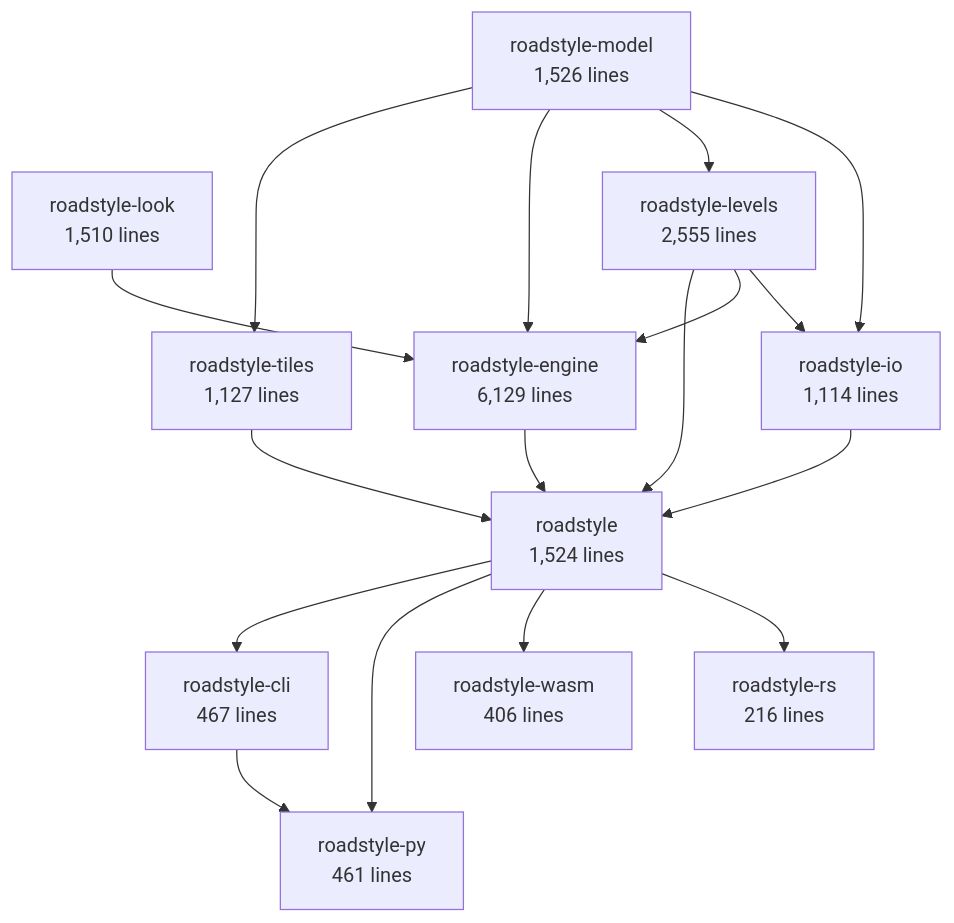
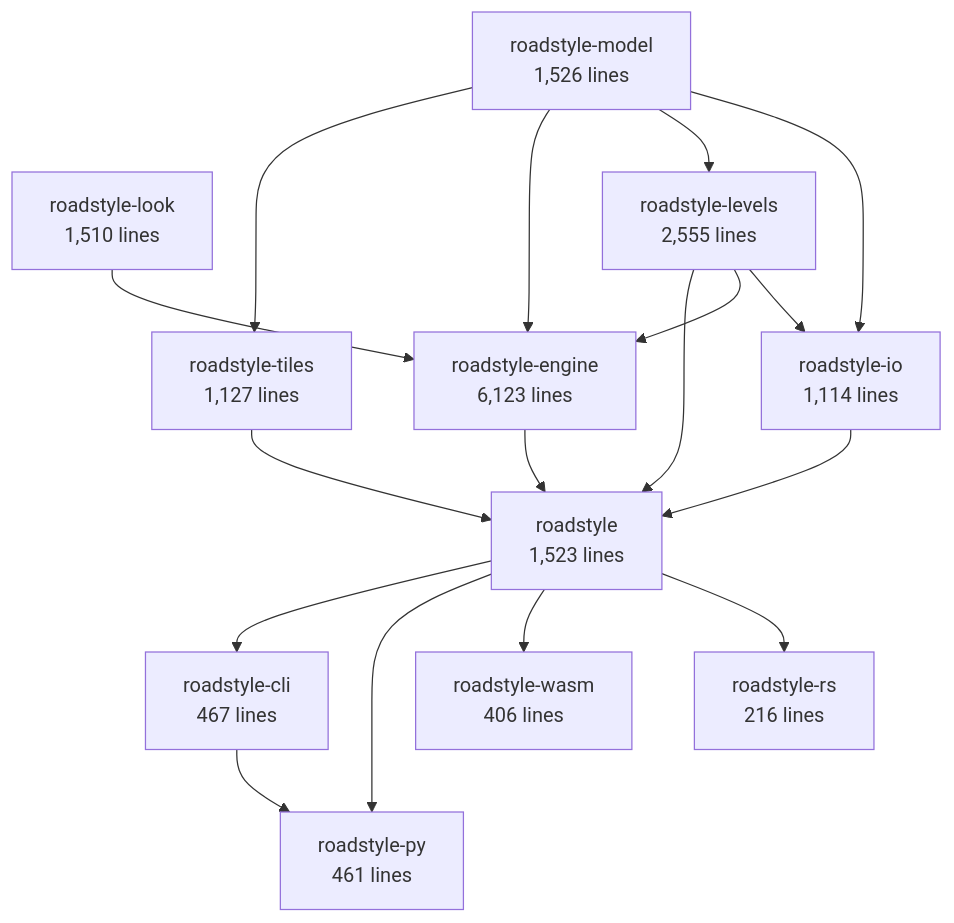
One commit to Khoshkhah/roadstyle changed the second of 6 diagrams in docs/rust/architecture.md. Above: the diagram before and after it, drawn with Mermaid. The commit also changed other lines of this file and 3 other files, not shown here.

````diff
--- a/docs/rust/architecture.md
+++ b/docs/rust/architecture.md
@@ -69,30 +69,30 @@
 ```mermaid
 flowchart TB
     roadstyle_model["roadstyle-model<br/>1,526 lines"]
     roadstyle_look["roadstyle-look<br/>1,510 lines"]
     roadstyle_io["roadstyle-io<br/>1,114 lines"]
     roadstyle_levels["roadstyle-levels<br/>2,555 lines"]
-    roadstyle_engine["roadstyle-engine<br/>6,129 lines"]
+    roadstyle_engine["roadstyle-engine<br/>6,123 lines"]
     roadstyle_tiles["roadstyle-tiles<br/>1,127 lines"]
-    roadstyle["roadstyle<br/>1,524 lines"]
+    roadstyle["roadstyle<br/>1,523 lines"]
     roadstyle_rs["roadstyle-rs<br/>216 lines"]
     roadstyle_wasm["roadstyle-wasm<br/>406 lines"]
     roadstyle_py["roadstyle-py<br/>461 lines"]
     roadstyle_cli["roadstyle-cli<br/>467 lines"]
     roadstyle_levels --> roadstyle_io
     roadstyle_model --> roadstyle_io
     roadstyle_model --> roadstyle_levels
     roadstyle_levels --> roadstyle_engine
     roadstyle_look --> roadstyle_engine
     roadstyle_model --> roadstyle_engine
     roadstyle_model --> roadstyle_tiles
     roadstyle_engine --> roadstyle
     roadstyle_io --> roadstyle
     roadstyle_levels --> roadstyle
     roadstyle_tiles --> roadstyle
     roadstyle --> roadstyle_rs
     roadstyle --> roadstyle_wasm
     roadstyle --> roadstyle_py
     roadstyle_cli --> roadstyle_py
     roadstyle --> roadstyle_cli
 ```
````
